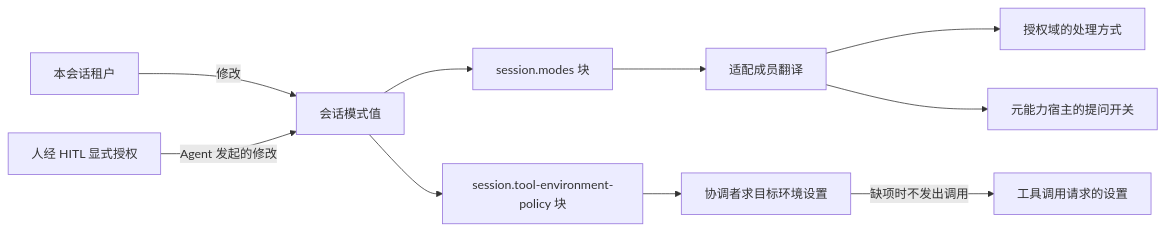
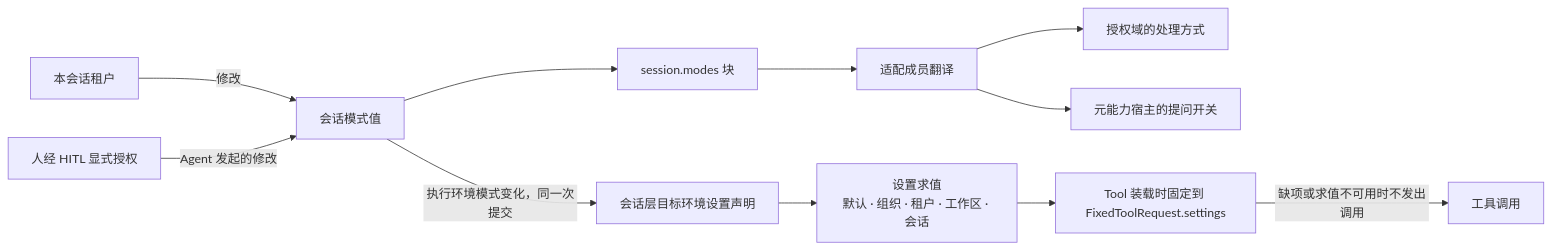
Before and after one commit to nemori-ai/omne-harness-lite: the second of 9 diagrams in docs/architecture/runtime/session-and-run.md, drawn with Mermaid. The commit also changed other lines of this file and 12 other files, not shown here.

````diff
--- a/docs/architecture/runtime/session-and-run.md
+++ b/docs/architecture/runtime/session-and-run.md
@@ -102,12 +110,13 @@
 ```mermaid
 flowchart LR
     Tenant[本会话租户] -->|修改| Modes[会话模式值]
     Human[人经 HITL 显式授权] -->|Agent 发起的修改| Modes
     Modes --> Block1[session.modes 块]
-    Modes --> Block2[session.tool-environment-policy 块]
     Block1 --> Translate[适配成员翻译]
     Translate --> Auth[授权域的处理方式]
     Translate --> Meta[元能力宿主的提问开关]
-    Block2 --> Coord[协调者求目标环境设置]
-    Coord -->|缺项时不发出调用| Request[工具调用请求的设置]
+    Modes -->|执行环境模式变化，同一次提交| Decl[会话层目标环境设置声明]
+    Decl --> Eval[设置求值<br/>默认 · 组织 · 租户 · 工作区 · 会话]
+    Eval --> Load[Tool 装载时固定到 FixedToolRequest.settings]
+    Load -->|缺项或求值不可用时不发出调用| Call[工具调用]
 ```
````
